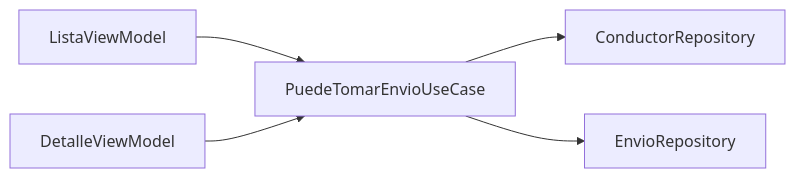
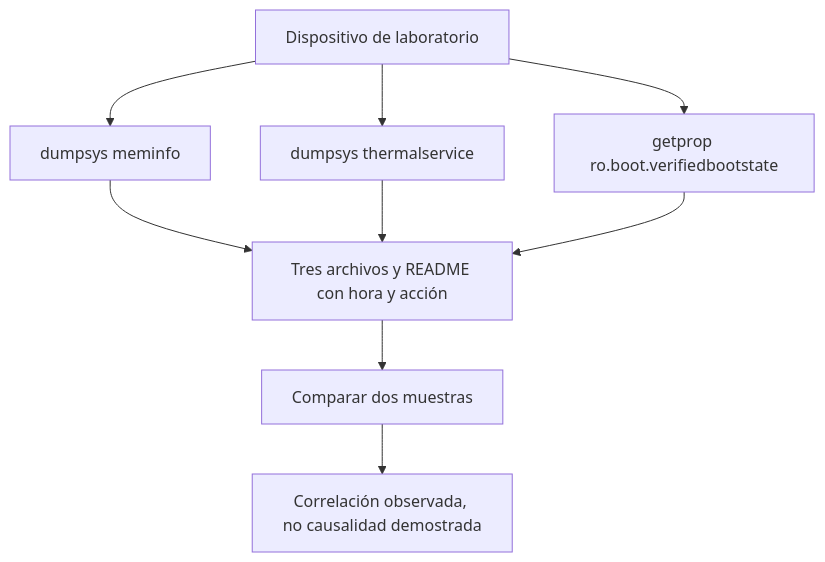
Before and after one commit to NICORUIZ93/The_Imperial_Book: the diagram in web/public/content/android/modulo-12.md, drawn with Mermaid. The commit also changed other lines of this file and 305 other files, not shown here.

````diff
--- a/web/public/content/android/modulo-12.md
+++ b/web/public/content/android/modulo-12.md
@@ -275,7 +444,11 @@
 ```mermaid
-flowchart LR
-    L["ListaViewModel"] --> U["PuedeTomarEnvioUseCase"]
-    D["DetalleViewModel"] --> U
-    U --> C["ConductorRepository"]
-    U --> E["EnvioRepository"]
+flowchart TD
+    D["Dispositivo de laboratorio"] --> M1["dumpsys meminfo"]
+    D --> M2["dumpsys thermalservice"]
+    D --> M3["getprop ro.boot.verifiedbootstate"]
+    M1 --> F["Tres archivos y README con hora y acción"]
+    M2 --> F
+    M3 --> F
+    F --> C["Comparar dos muestras"]
+    C --> N["Correlación observada, no causalidad demostrada"]
 ```
````
